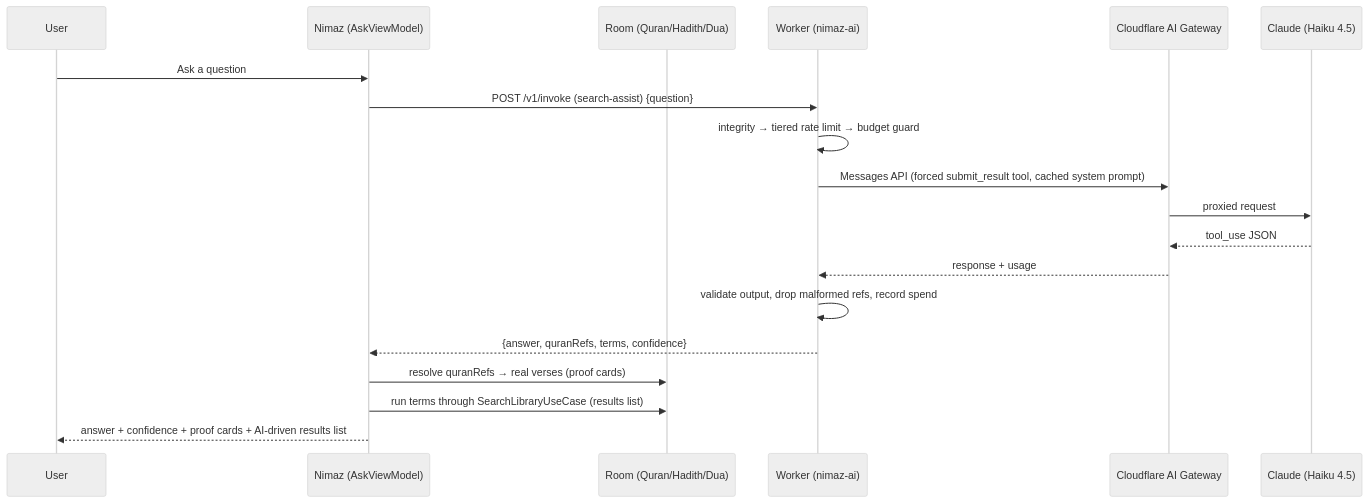
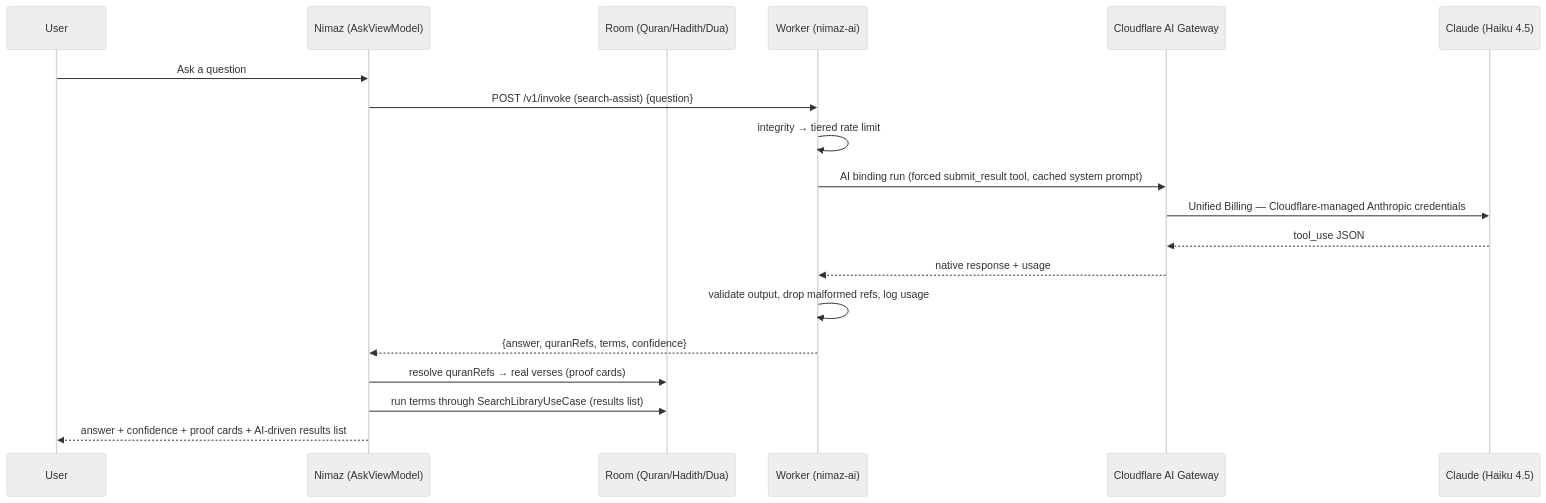
One commit to arshad-shah/Nimaz changed the diagram in docs/ai-ask-with-proof.md. Above: the diagram before and after it, drawn with Mermaid (neutral theme). The commit also changed other lines of this file and 13 other files, not shown here.

````diff
--- a/docs/ai-ask-with-proof.md
+++ b/docs/ai-ask-with-proof.md
@@ -29,22 +29,22 @@
 ```mermaid
 sequenceDiagram
     participant U as User
     participant App as Nimaz (AskViewModel)
     participant Room as Room (Quran/Hadith/Dua)
     participant W as Worker (nimaz-ai)
     participant GW as Cloudflare AI Gateway
     participant C as Claude (Haiku 4.5)
 
     U->>App: Ask a question
     App->>W: POST /v1/invoke (search-assist) {question}
-    W->>W: integrity → tiered rate limit → budget guard
-    W->>GW: Messages API (forced submit_result tool, cached system prompt)
-    GW->>C: proxied request
+    W->>W: integrity → tiered rate limit
+    W->>GW: AI binding run (forced submit_result tool, cached system prompt)
+    GW->>C: Unified Billing — Cloudflare-managed Anthropic credentials
     C-->>GW: tool_use JSON
-    GW-->>W: response + usage
-    W->>W: validate output, drop malformed refs, record spend
+    GW-->>W: native response + usage
+    W->>W: validate output, drop malformed refs, log usage
     W-->>App: {answer, quranRefs, terms, confidence}
     App->>Room: resolve quranRefs → real verses (proof cards)
     App->>Room: run terms through SearchLibraryUseCase (results list)
     App-->>U: answer + confidence + proof cards + AI-driven results list
 ```
````
